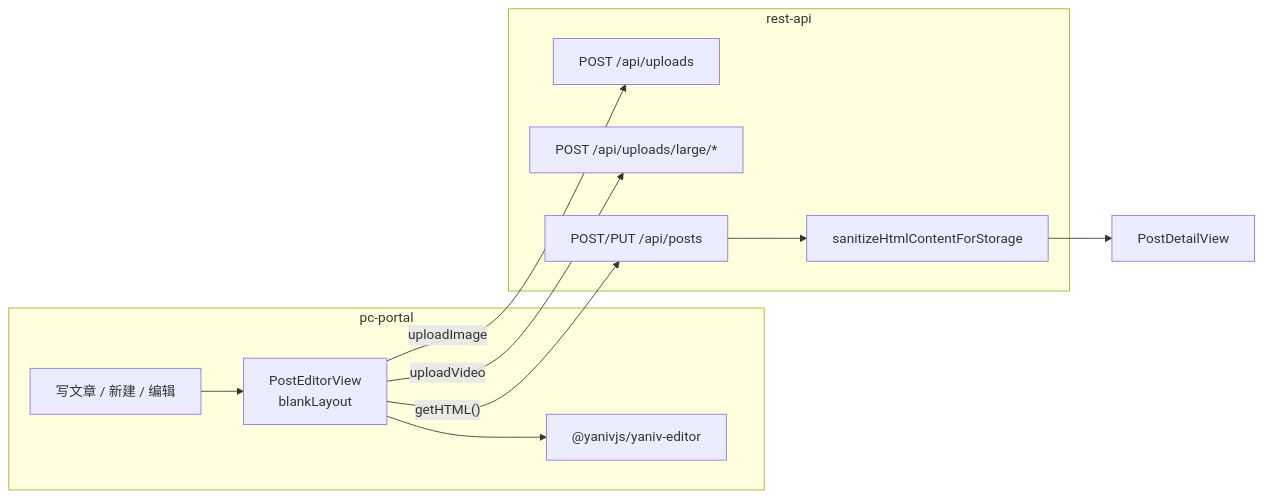
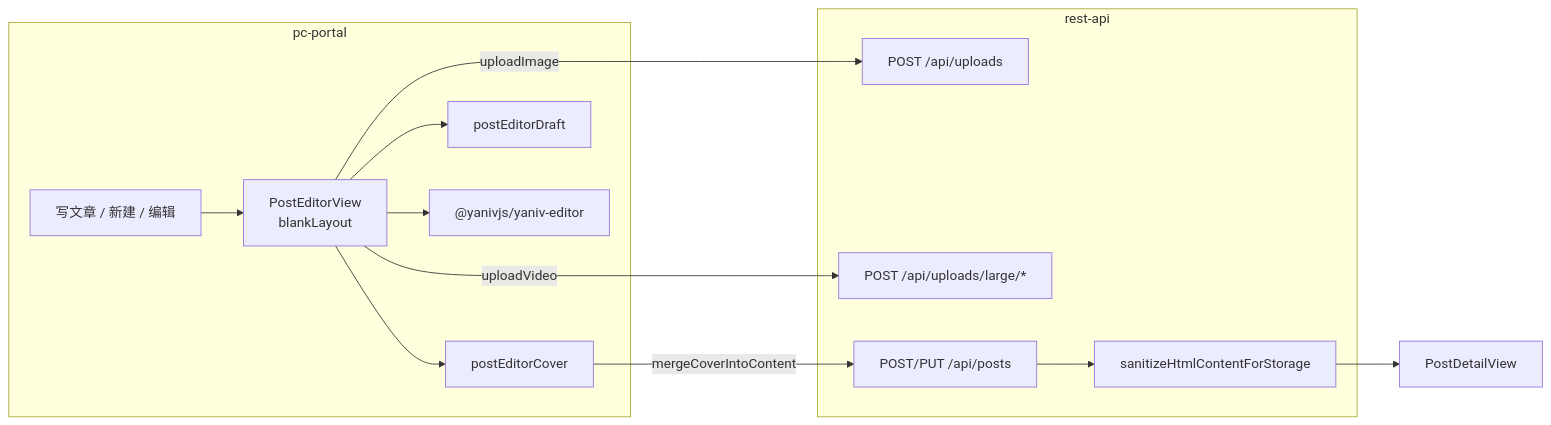
Before and after one commit to YanivWang/express-vue3-monorepo: the diagram in docs/pc-portal-yaniv-editor.md, drawn with Mermaid. The commit also changed other lines of this file and 42 other files, not shown here.

````diff
--- a/docs/pc-portal-yaniv-editor.md
+++ b/docs/pc-portal-yaniv-editor.md
@@ -22,19 +24,23 @@
 ```mermaid
 flowchart LR
   subgraph portal [pc-portal]
     Entry["写文章 / 新建 / 编辑"]
     EditorPage["PostEditorView\nblankLayout"]
+    Cover["postEditorCover"]
+    Draft["postEditorDraft"]
     Yaniv["@yanivjs/yaniv-editor"]
     Entry --> EditorPage --> Yaniv
+    EditorPage --> Cover
+    EditorPage --> Draft
   end
   subgraph api [rest-api]
     ImgUpload["POST /api/uploads"]
     LargeUpload["POST /api/uploads/large/*"]
     Posts["POST/PUT /api/posts"]
     Sanitize["sanitizeHtmlContentForStorage"]
   end
   EditorPage -->|"uploadImage"| ImgUpload
   EditorPage -->|"uploadVideo"| LargeUpload
-  EditorPage -->|"getHTML()"| Posts --> Sanitize
+  Cover -->|"mergeCoverIntoContent"| Posts --> Sanitize
   Sanitize --> Detail["PostDetailView"]
 ```
````
